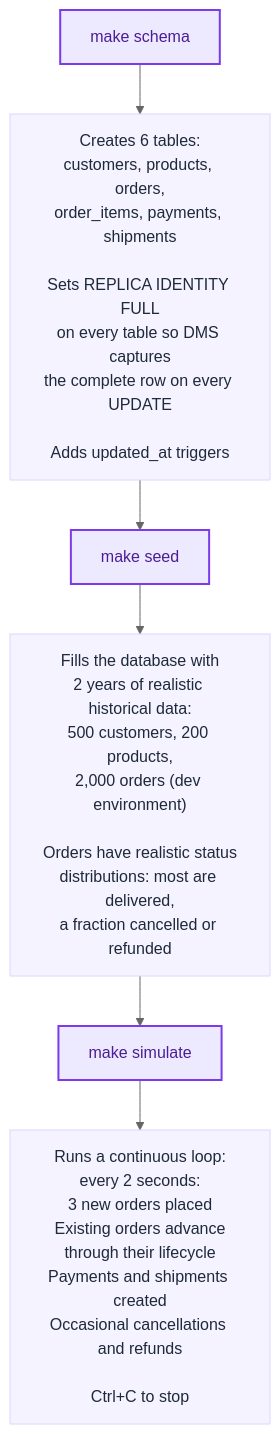
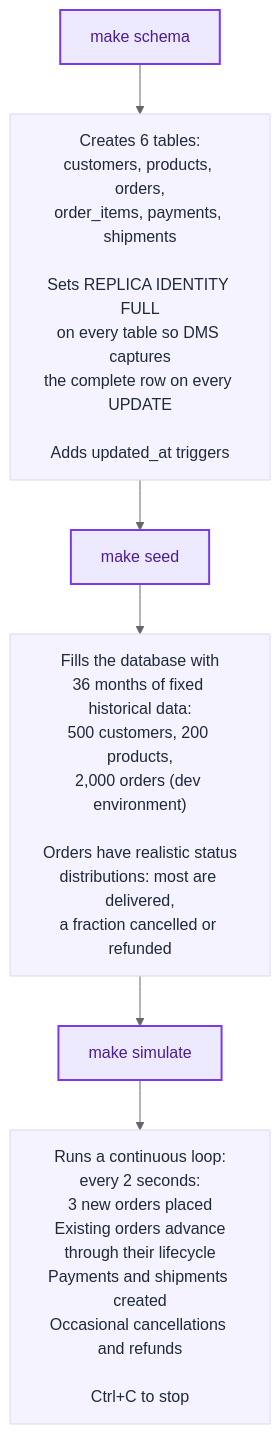
Before and after one commit to enterprise-data-platform-emeka/platform-cdc-simulator: the sixth of 9 diagrams in README.md, drawn with Mermaid (neutral theme). The commit also changed other lines of this file and 9 other files, not shown here.

````diff
--- a/README.md
+++ b/README.md
@@ -318,19 +345,19 @@
 ```mermaid
 flowchart TB
     classDef phase fill:#ede9fe,stroke:#7c3aed,color:#4c1d95,stroke-width:2px
     classDef note  fill:#f1f5f9,stroke:#64748b,color:#1e293b,stroke-width:1px
 
     P1["make schema"]:::phase
     P2["make seed"]:::phase
     P3["make simulate"]:::phase
 
     N1["Creates 6 tables:\ncustomers, products, orders,\norder_items, payments, shipments\n\nSets REPLICA IDENTITY FULL\non every table so DMS captures\nthe complete row on every UPDATE\n\nAdds updated_at triggers"]:::note
-    N2["Fills the database with\n2 years of realistic historical data:\n500 customers, 200 products,\n2,000 orders (dev environment)\n\nOrders have realistic status\ndistributions: most are delivered,\na fraction cancelled or refunded"]:::note
+    N2["Fills the database with\n36 months of fixed historical data:\n500 customers, 200 products,\n2,000 orders (dev environment)\n\nOrders have realistic status\ndistributions: most are delivered,\na fraction cancelled or refunded"]:::note
     N3["Runs a continuous loop:\nevery 2 seconds:\n3 new orders placed\nExisting orders advance\nthrough their lifecycle\nPayments and shipments created\nOccasional cancellations and refunds\n\nCtrl+C to stop"]:::note
 
     P1 --> N1 --> P2 --> N2 --> P3 --> N3
 
     style N1 fill:#f5f3ff,stroke:#ddd6fe,stroke-width:1px
     style N2 fill:#f5f3ff,stroke:#ddd6fe,stroke-width:1px
     style N3 fill:#f5f3ff,stroke:#ddd6fe,stroke-width:1px
 ```
````
